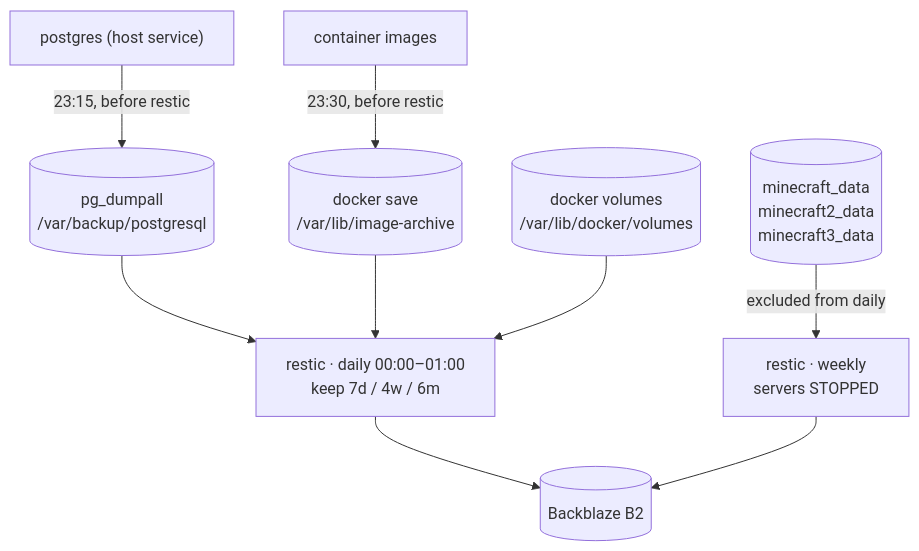
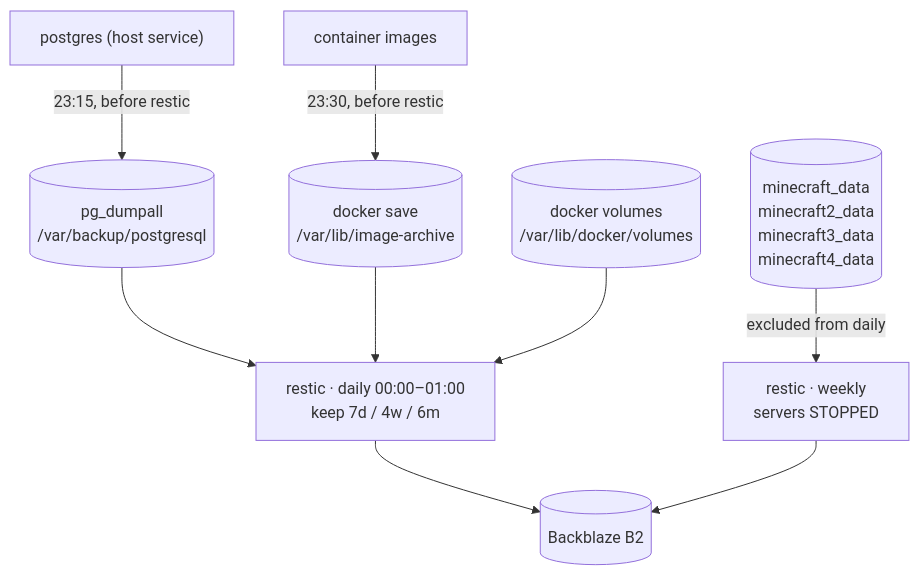
The diagram in docs/src/architecture/data.md (1Git2Clone/vps), drawn with Mermaid before and after one commit. The commit also changed 88 other files, not shown here.

````diff
--- a/docs/src/architecture/data.md
+++ b/docs/src/architecture/data.md
@@ -3,22 +3,22 @@
 ```mermaid
 flowchart TB
     vols[("docker volumes<br/>/var/lib/docker/volumes")]
     pg["postgres (host service)"]
     reg["container images"]
     dumps[("pg_dumpall<br/>/var/backup/postgresql")]
     imgs[("docker save<br/>/var/lib/image-archive")]
-    mc[("minecraft_data<br/>minecraft2_data<br/>minecraft3_data")]
+    mc[("minecraft_data<br/>minecraft2_data<br/>minecraft3_data<br/>minecraft4_data")]
 
     daily["restic · daily 00:00–01:00<br/>keep 7d / 4w / 6m"]
     weekly["restic · weekly<br/>servers STOPPED"]
     b2[("Backblaze B2")]
 
     pg -- "23:15, before restic" --> dumps
     reg -- "23:30, before restic" --> imgs
     dumps --> daily
     imgs --> daily
     vols --> daily
     mc -- "excluded from daily" --> weekly
     daily --> b2
     weekly --> b2
 ```
````
